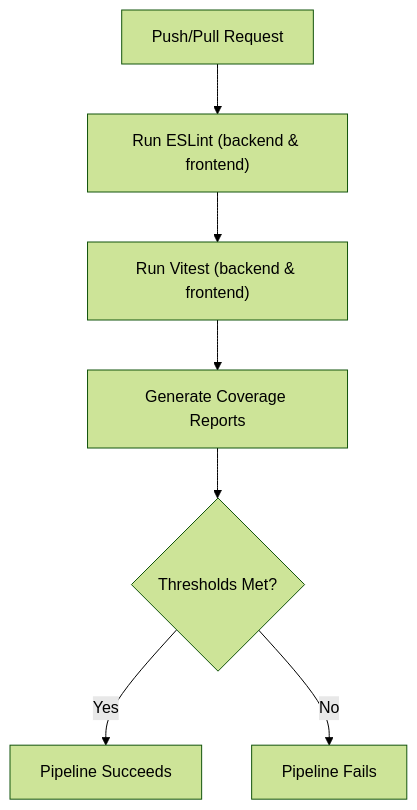
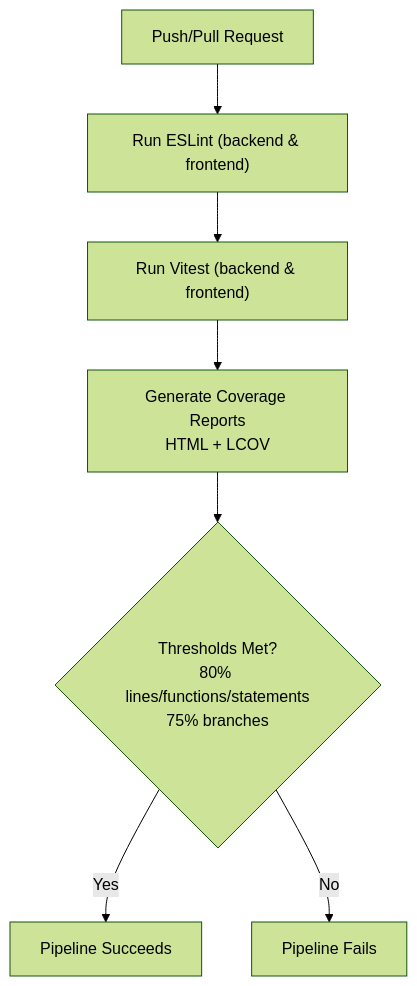
The tenth of 10 diagrams in .qoder/repowiki/en/content/Testing Strategy.md (ZandileMkontwana/olympiad-portal), drawn with Mermaid (forest theme) before and after one commit. The commit also changed other lines of this file and 43 other files, not shown here.

````diff
--- a/.qoder/repowiki/en/content/Testing Strategy.md
+++ b/.qoder/repowiki/en/content/Testing Strategy.md
@@ -287,9 +399,9 @@
 ```mermaid
 flowchart TD
 Push["Push/Pull Request"] --> Lint["Run ESLint (backend & frontend)"]
 Lint --> Test["Run Vitest (backend & frontend)"]
-Test --> Coverage["Generate Coverage Reports"]
-Coverage --> Gate{"Thresholds Met?"}
+Test --> Coverage["Generate Coverage Reports<br/>HTML + LCOV"]
+Coverage --> Gate{"Thresholds Met?<br/>80% lines/functions/statements<br/>75% branches"}
 Gate --> |Yes| Pass["Pipeline Succeeds"]
 Gate --> |No| Fail["Pipeline Fails"]
 ```
````
